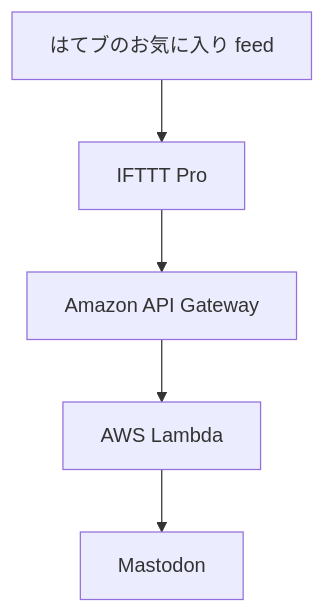
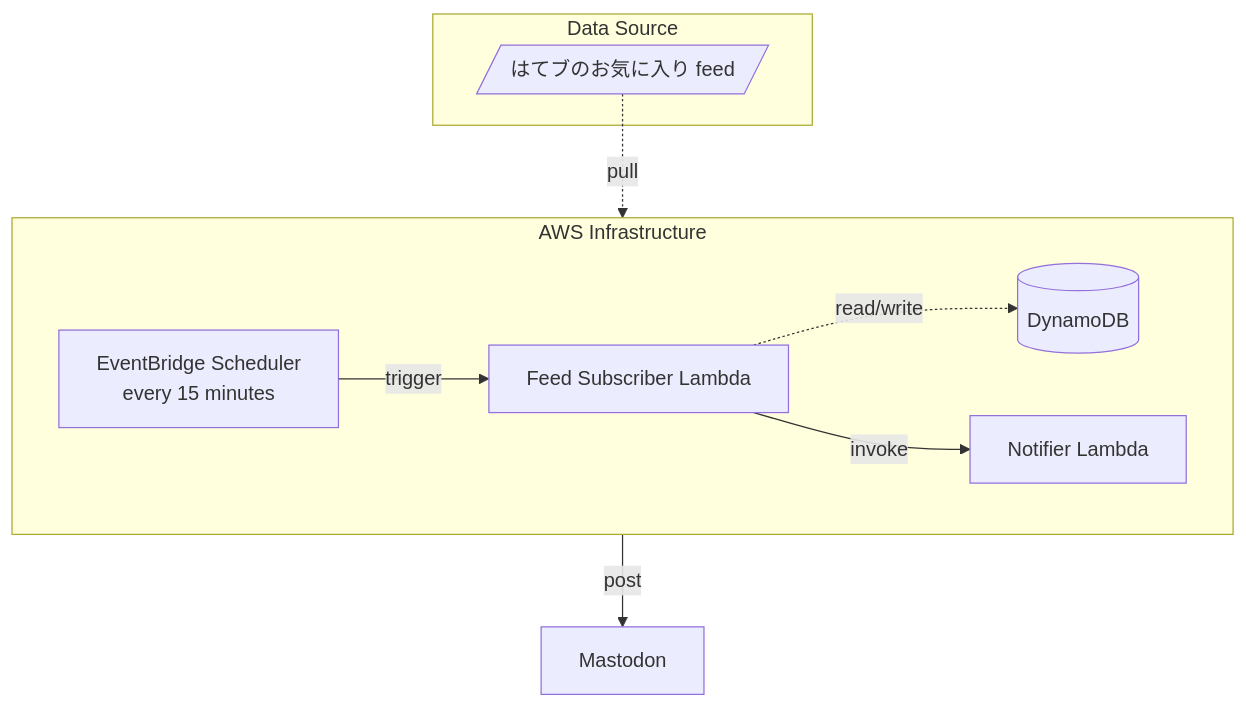
One commit to masutaka/masutaka-feed changed the second of 2 diagrams in README.md. Above: the diagram before and after it, drawn with Mermaid. The commit also changed other lines of this file, not shown here.

Commit message:
Update mermaid in README.md

````diff
--- a/README.md
+++ b/README.md
@@ -24,7 +36,18 @@
 ```mermaid
 graph TD
-    A[はてブのお気に入り feed] --> B[IFTTT Pro]
-    B --> C[Amazon API Gateway]
-    C --> D[AWS Lambda]
-    D --> E[Mastodon]
+    subgraph "Data Source"
+        A[/はてブのお気に入り feed/]
+    end
+
+    subgraph "AWS Infrastructure"
+        direction LR
+        G[EventBridge Scheduler<br/>every 15 minutes] -->|trigger| H[Feed Subscriber Lambda]
+        H -.->|read/write| I[(DynamoDB)]
+        H -->|invoke| D[Notifier Lambda]
+    end
+
+    E[Mastodon]
+
+    A -.->|pull| H
+    D -->|post| E
 ```
````
